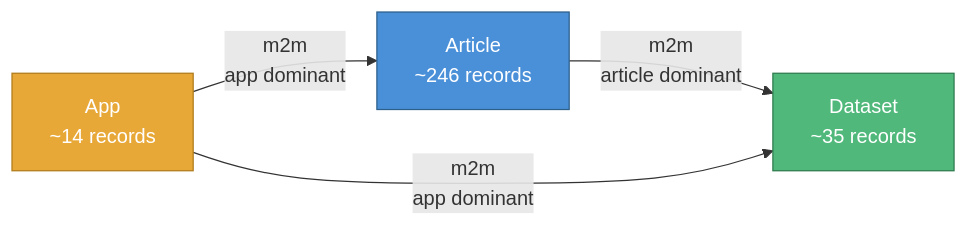
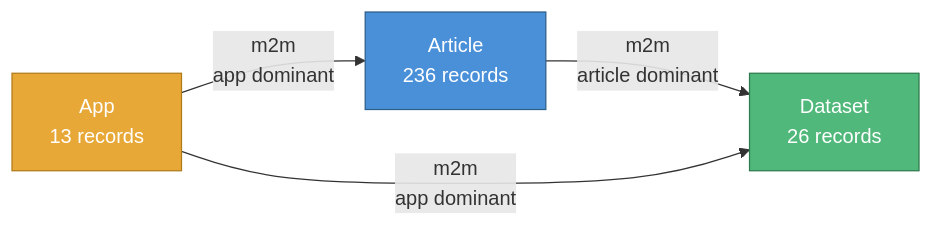
The first of 3 diagrams in README.md (ICJIA/hub-migration-tools), drawn with Mermaid before and after one commit. The commit also changed other lines of this file and 2 other files, not shown here.

````diff
--- a/README.md
+++ b/README.md
@@ -48,10 +48,10 @@
 ```mermaid
 graph LR
-    A[Article<br/>~246 records] -->|m2m<br/>article dominant| D[Dataset<br/>~35 records]
-    AP[App<br/>~14 records] -->|m2m<br/>app dominant| A
+    A[Article<br/>236 records] -->|m2m<br/>article dominant| D[Dataset<br/>26 records]
+    AP[App<br/>13 records] -->|m2m<br/>app dominant| A
     AP -->|m2m<br/>app dominant| D
 
     style A fill:#4a90d9,stroke:#2c5f8a,color:#fff
     style D fill:#50b87a,stroke:#2d7a4d,color:#fff
     style AP fill:#e8a838,stroke:#b07a1a,color:#fff
 ```
````
